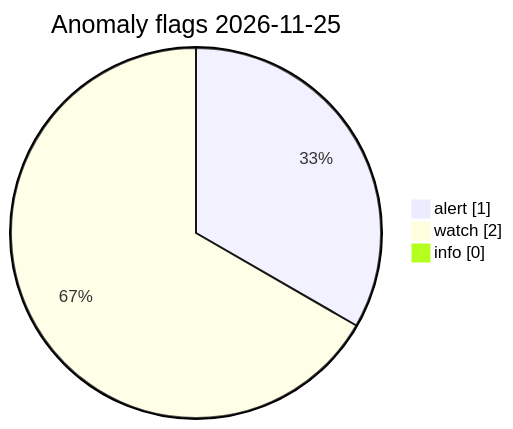
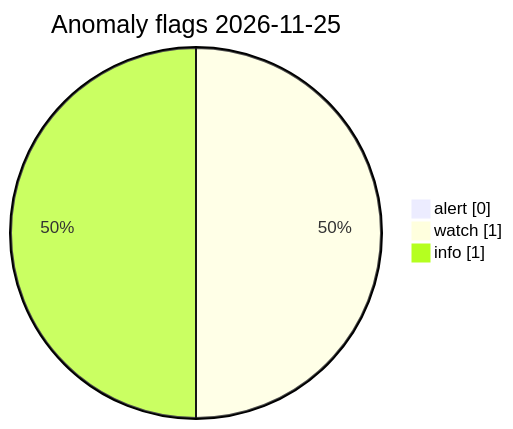
Before and after one commit to Midwest-Stratospheric/Unified-Open-Global-Weather: the diagram in visuals/latest/CHARTS.md, drawn with Mermaid. The commit also changed other lines of this file and 13 other files, not shown here.

Commit message:
data(visuals): automated charts 2026-11-25T19:30Z

````diff
--- a/visuals/latest/CHARTS.md
+++ b/visuals/latest/CHARTS.md
@@ -73,7 +73,7 @@
 ```mermaid
 pie showData
   title Anomaly flags 2026-11-25
-  "alert" : 1
-  "watch" : 2
-  "info" : 0
+  "alert" : 0
+  "watch" : 1
+  "info" : 1
 ```
````
